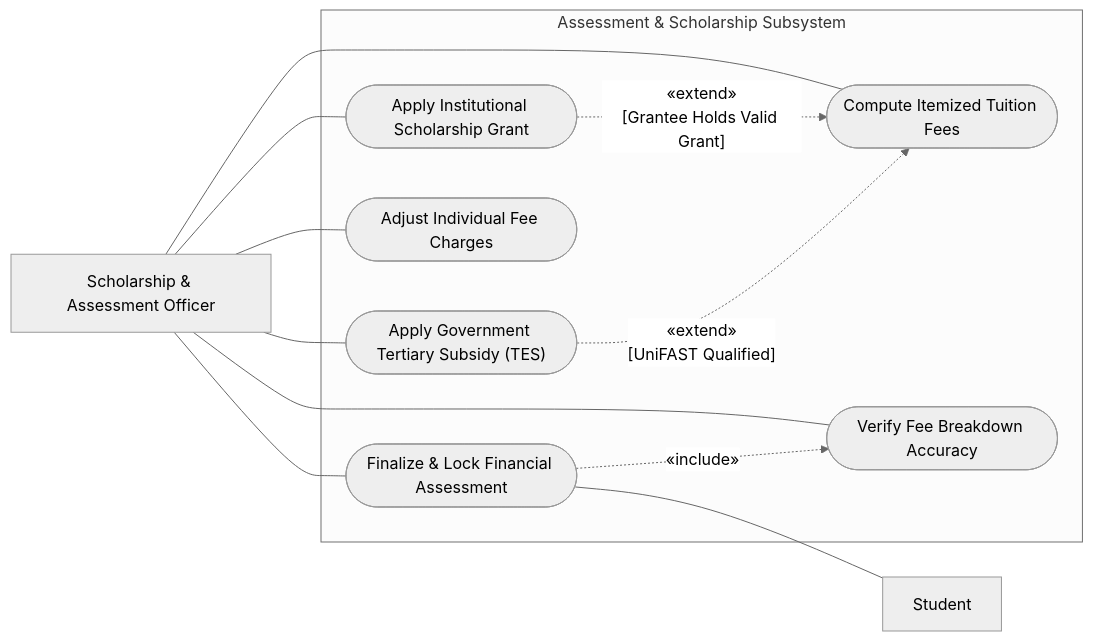
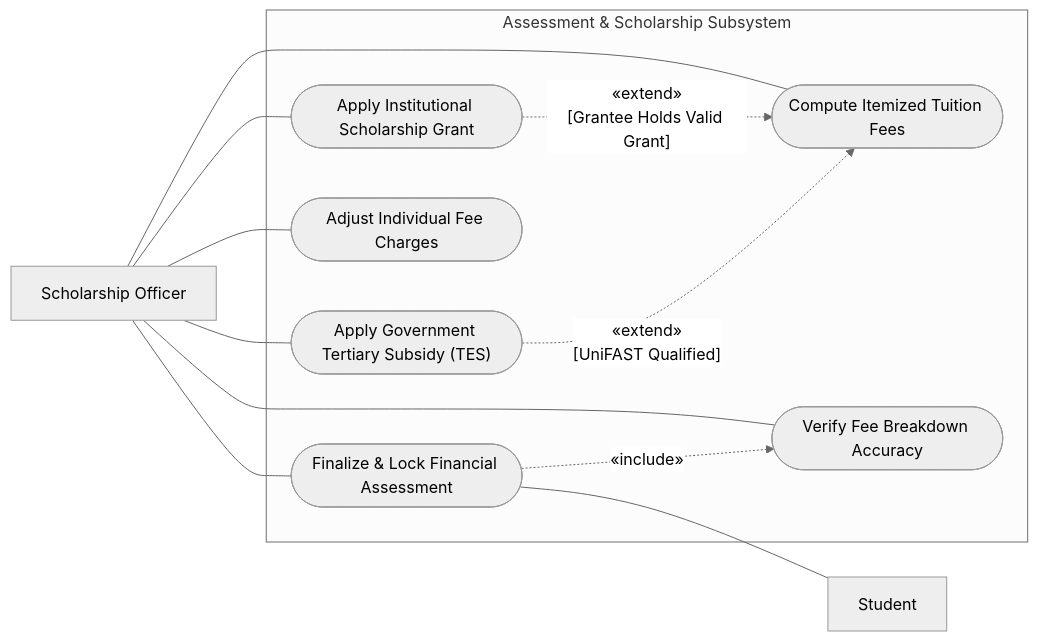
Before and after one commit to kirbygeagonia-create/EnrollmentManagementSystem: the ninth of 17 diagrams in Documentation/Use-Case-Diagram-Guide.md, drawn with Mermaid (neutral theme). The commit also changed other lines of this file and 50 other files, not shown here.

First line of the commit message:
The use-case actors fold to one figure per role, and the stage words move to the prose

````diff
--- a/Documentation/Use-Case-Diagram-Guide.md
+++ b/Documentation/Use-Case-Diagram-Guide.md
@@ -458,26 +458,26 @@
 ```mermaid
 flowchart LR
-    A_Sch["Scholarship & Assessment Officer"]
+    A_Sch["Scholarship Officer"]
     A_Stud["Student"]
 
     subgraph SYSTEM ["Assessment & Scholarship Subsystem"]
         UC_AS01(["Compute Itemized Tuition Fees"])
         UC_AS02(["Apply Institutional Scholarship Grant"])
         UC_AS03(["Apply Government Tertiary Subsidy (TES)"])
         UC_AS04(["Adjust Individual Fee Charges"])
         UC_AS05(["Verify Fee Breakdown Accuracy"])
         UC_AS06(["Finalize & Lock Financial Assessment"])
     end
 
     A_Sch --- UC_AS01
     A_Sch --- UC_AS02
     A_Sch --- UC_AS03
     A_Sch --- UC_AS04
     A_Sch --- UC_AS05
     A_Sch --- UC_AS06
 
     UC_AS02 -.->|"«extend»\n[Grantee Holds Valid Grant]"| UC_AS01
     UC_AS03 -.->|"«extend»\n[UniFAST Qualified]"| UC_AS01
     UC_AS06 -.->|"«include»"| UC_AS05
     UC_AS06 --- A_Stud
 ```
````
